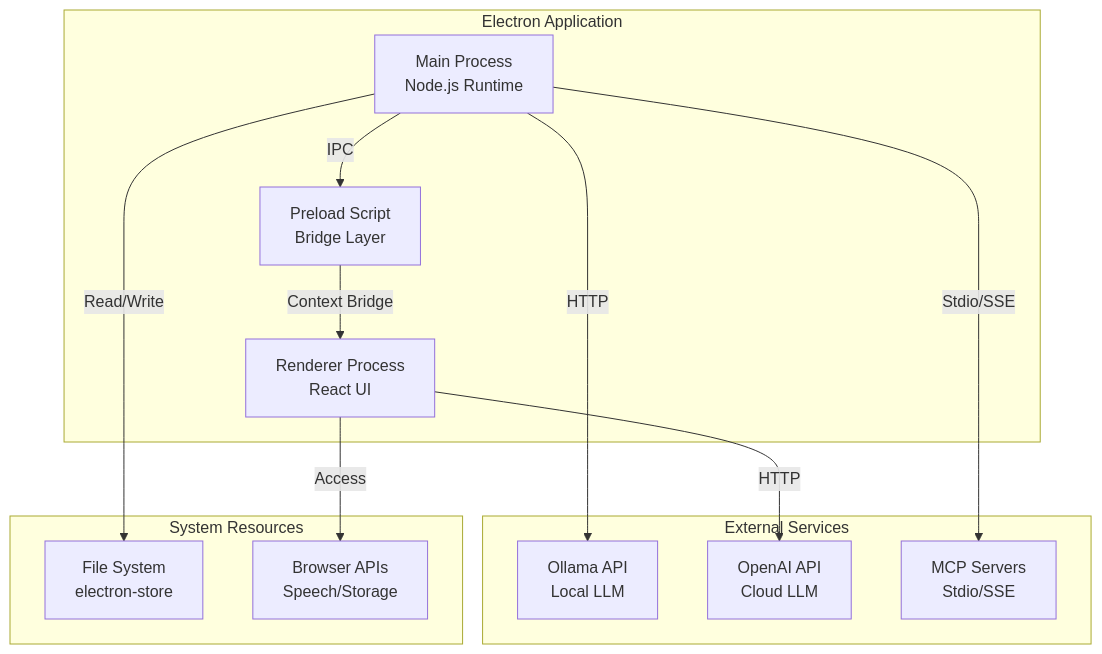
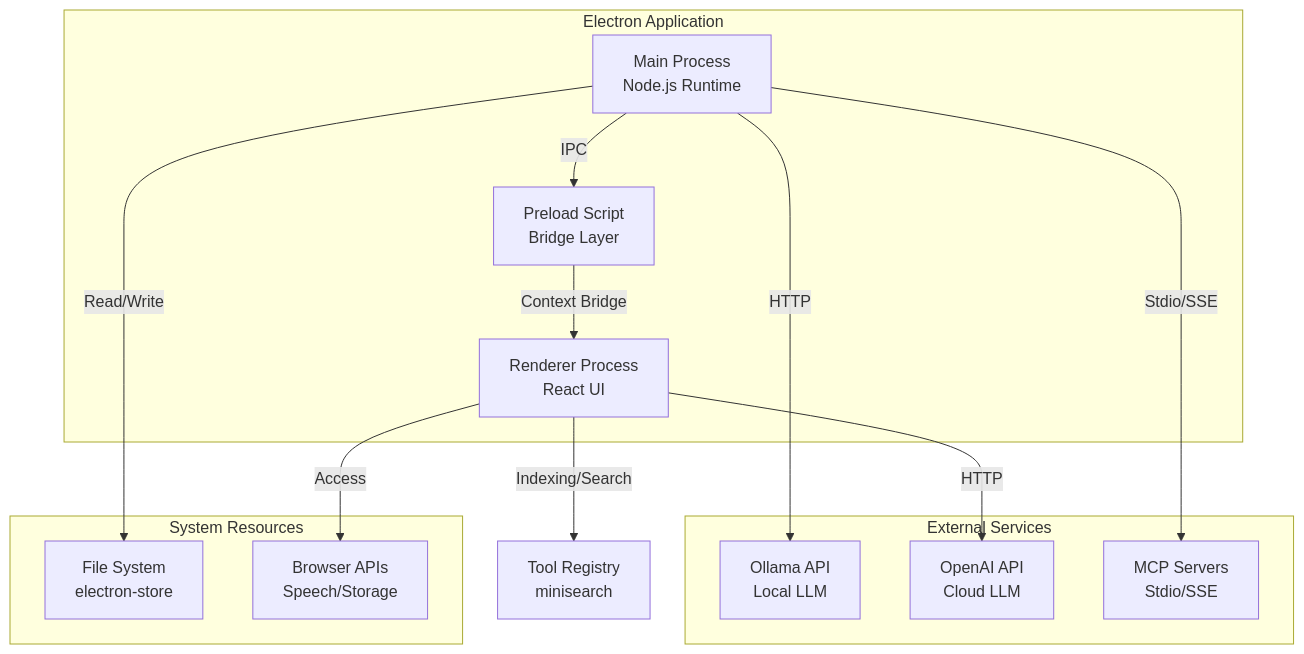
One commit to meharajM/ai-worker.app changed the first of 23 diagrams in architecture.md. Above: the diagram before and after it, drawn with Mermaid. The commit also changed other lines of this file and 20 other files, not shown here.

````diff
--- a/architecture.md
+++ b/architecture.md
@@ -26,27 +26,28 @@
 ```mermaid
 graph TB
     subgraph "Electron Application"
         Main[Main Process<br/>Node.js Runtime]
         Preload[Preload Script<br/>Bridge Layer]
         Renderer[Renderer Process<br/>React UI]
     end
 
     subgraph "External Services"
         Ollama[Ollama API<br/>Local LLM]
         OpenAI[OpenAI API<br/>Cloud LLM]
         MCPServers[MCP Servers<br/>Stdio/SSE]
     end
 
     subgraph "System Resources"
         FileSystem[File System<br/>electron-store]
         BrowserAPIs[Browser APIs<br/>Speech/Storage]
     end
 
     Main -->|IPC| Preload
     Preload -->|Context Bridge| Renderer
     Main -->|HTTP| Ollama
     Renderer -->|HTTP| OpenAI
+    Renderer -->|Indexing/Search| ToolRegistry[Tool Registry<br/>minisearch]
     Main -->|Stdio/SSE| MCPServers
     Main -->|Read/Write| FileSystem
     Renderer -->|Access| BrowserAPIs
 ```
````
